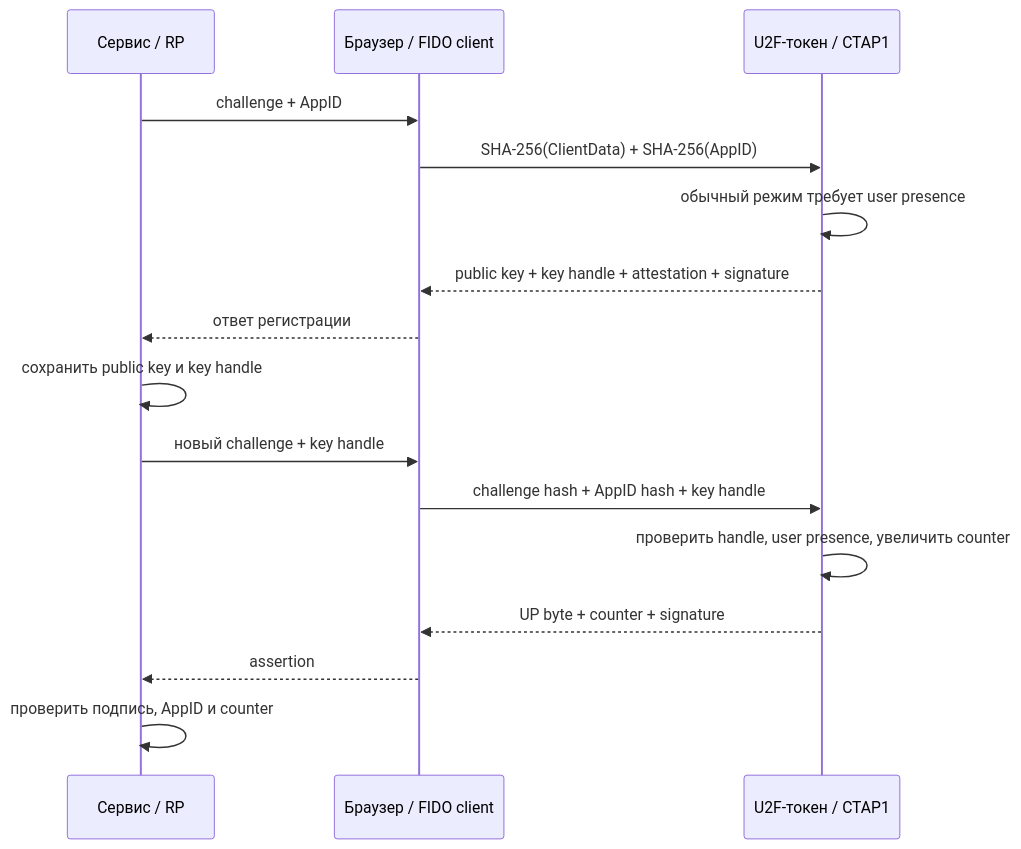
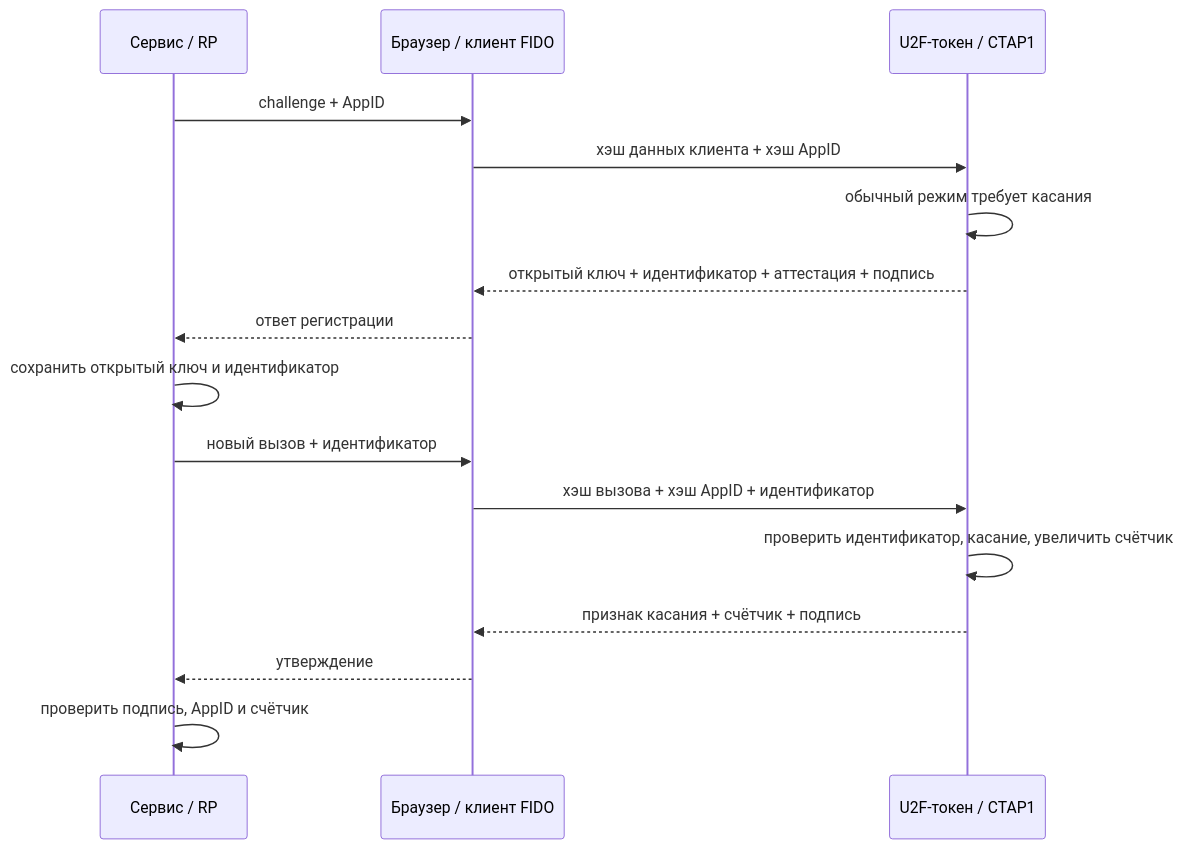
One commit to zapret-discordyoutube/todo changed the first of 2 diagrams in FIDO/u2f.md. Above: the diagram before and after it, drawn with Mermaid. The commit also changed other lines of this file and 8 other files, not shown here.

````diff
--- a/FIDO/u2f.md
+++ b/FIDO/u2f.md
@@ -61,18 +97,18 @@
 ```mermaid
 sequenceDiagram
     participant RP as Сервис / RP
-    participant B as Браузер / FIDO client
+    participant B as Браузер / клиент FIDO
     participant K as U2F-токен / CTAP1
     RP->>B: challenge + AppID
-    B->>K: SHA-256(ClientData) + SHA-256(AppID)
-    K->>K: обычный режим требует user presence
-    K-->>B: public key + key handle + attestation + signature
+    B->>K: хэш данных клиента + хэш AppID
+    K->>K: обычный режим требует касания
+    K-->>B: открытый ключ + идентификатор + аттестация + подпись
     B-->>RP: ответ регистрации
-    RP->>RP: сохранить public key и key handle
-    RP->>B: новый challenge + key handle
-    B->>K: challenge hash + AppID hash + key handle
-    K->>K: проверить handle, user presence, увеличить counter
-    K-->>B: UP byte + counter + signature
-    B-->>RP: assertion
-    RP->>RP: проверить подпись, AppID и counter
+    RP->>RP: сохранить открытый ключ и идентификатор
+    RP->>B: новый вызов + идентификатор
+    B->>K: хэш вызова + хэш AppID + идентификатор
+    K->>K: проверить идентификатор, касание, увеличить счётчик
+    K-->>B: признак касания + счётчик + подпись
+    B-->>RP: утверждение
+    RP->>RP: проверить подпись, AppID и счётчик
 ```
````
